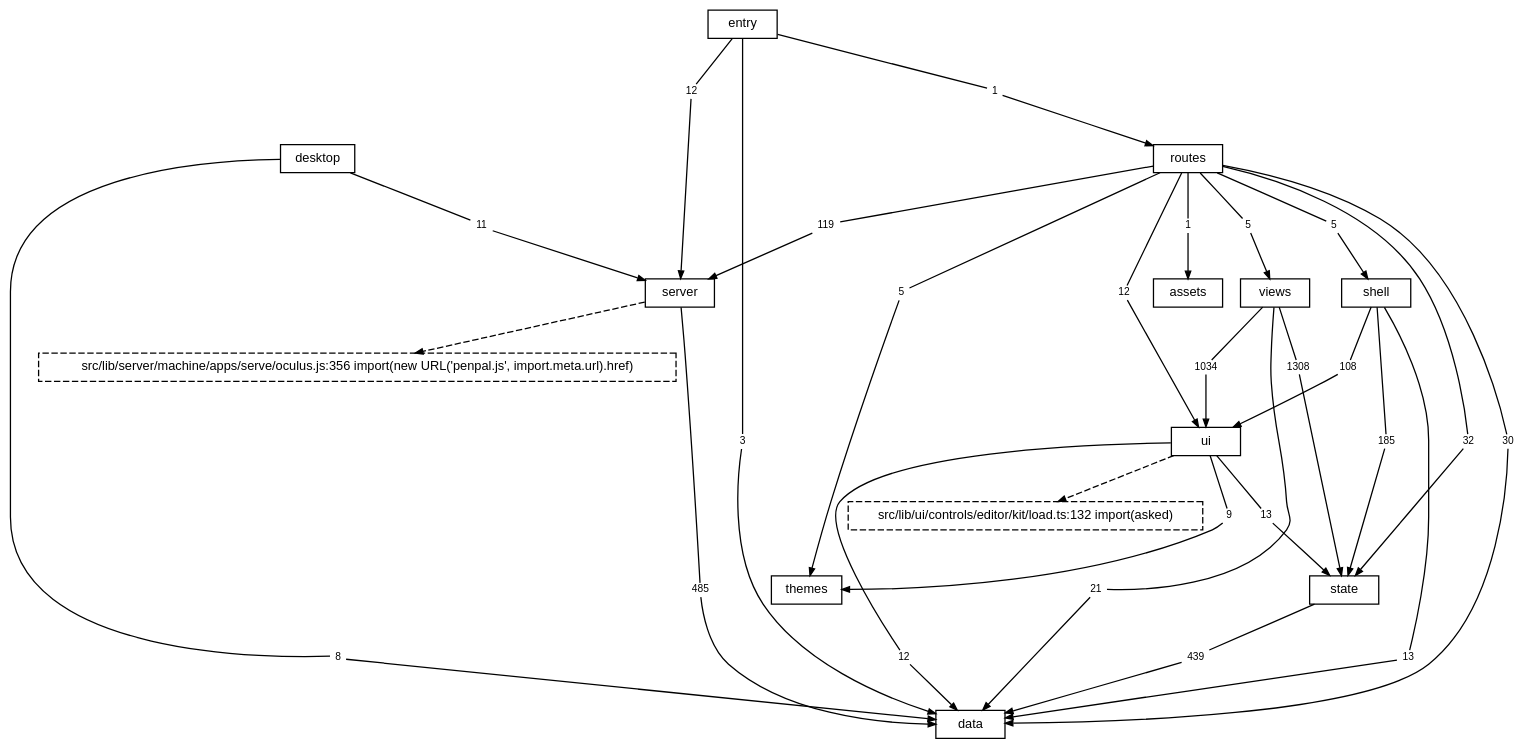
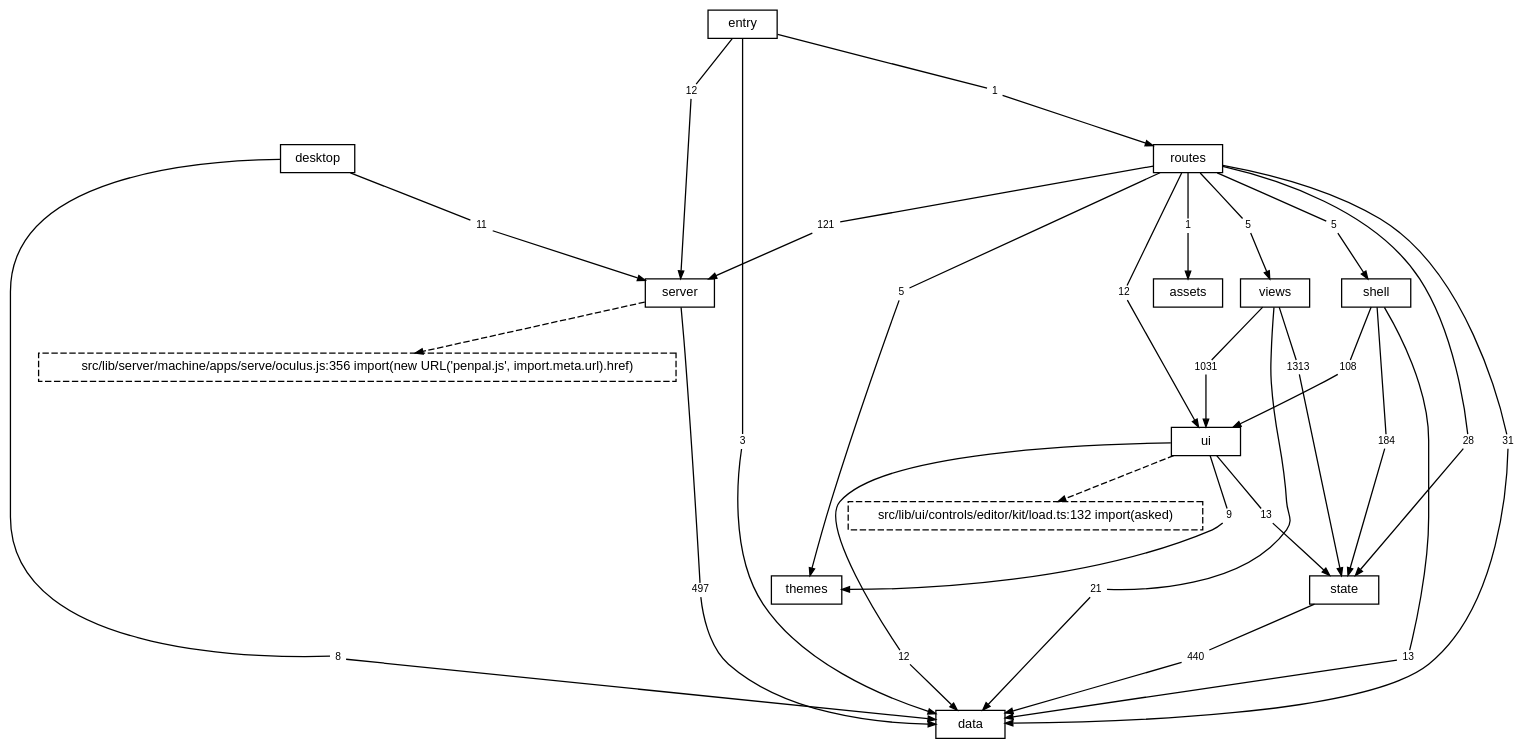
One commit to TheAxeC/oculus changed the diagram in docs/diagrams/layers.dot. Above: the diagram before and after it, drawn with Graphviz. The commit also changed 503 other files, not shown here.

```diff
--- a/docs/diagrams/layers.dot
+++ b/docs/diagrams/layers.dot
@@ -1,92 +1,92 @@
 digraph layers {
     graph [bgcolor="transparent", rankdir=TB, newrank=true, fontname="Helvetica", fontsize=12, nodesep=0.2, ranksep=0.5];
     node [shape=box, color="black", fontcolor="black", fontname="Helvetica", fontsize=10, height=0.3, margin="0.12,0.04"];
     edge [color="black", fontcolor="black", fontname="Helvetica", fontsize=8, arrowsize=0.6];
     "data";
     "server";
     "state";
     "ui";
     "shell";
     "views";
     "themes";
     "routes";
     "desktop";
     "src" [label="entry"];
     "files: assets" [label="assets"];
     "? src/lib/server/machine/apps/serve/oculus.js:356" [label="src/lib/server/machine/apps/serve/oculus.js:356 import(new URL('penpal.js', import.meta.url).href)", style=dashed];
     "? src/lib/ui/controls/editor/kit/load.ts:132" [label="src/lib/ui/controls/editor/kit/load.ts:132 import(asked)", style=dashed];
     "desktop to data" [label="8", shape=box, color="transparent", fontsize=8, width=0, height=0, margin="0.04,0.02"];
     "desktop" -> "desktop to data" [arrowhead=none];
     "desktop to data" -> "data" [];
     "desktop to server" [label="11", shape=box, color="transparent", fontsize=8, width=0, height=0, margin="0.04,0.02"];
     "desktop" -> "desktop to server" [arrowhead=none];
     "desktop to server" -> "server" [];
-    "routes to data" [label="30", shape=box, color="transparent", fontsize=8, width=0, height=0, margin="0.04,0.02"];
+    "routes to data" [label="31", shape=box, color="transparent", fontsize=8, width=0, height=0, margin="0.04,0.02"];
     "routes" -> "routes to data" [arrowhead=none];
     "routes to data" -> "data" [];
     "routes to files: assets" [label="1", shape=box, color="transparent", fontsize=8, width=0, height=0, margin="0.04,0.02"];
     "routes" -> "routes to files: assets" [arrowhead=none];
     "routes to files: assets" -> "files: assets" [];
-    "routes to server" [label="119", shape=box, color="transparent", fontsize=8, width=0, height=0, margin="0.04,0.02"];
+    "routes to server" [label="121", shape=box, color="transparent", fontsize=8, width=0, height=0, margin="0.04,0.02"];
     "routes" -> "routes to server" [arrowhead=none];
     "routes to server" -> "server" [];
     "routes to shell" [label="5", shape=box, color="transparent", fontsize=8, width=0, height=0, margin="0.04,0.02"];
     "routes" -> "routes to shell" [arrowhead=none];
     "routes to shell" -> "shell" [];
-    "routes to state" [label="32", shape=box, color="transparent", fontsize=8, width=0, height=0, margin="0.04,0.02"];
+    "routes to state" [label="28", shape=box, color="transparent", fontsize=8, width=0, height=0, margin="0.04,0.02"];
     "routes" -> "routes to state" [arrowhead=none];
     "routes to state" -> "state" [];
     "routes to themes" [label="5", shape=box, color="transparent", fontsize=8, width=0, height=0, margin="0.04,0.02"];
     "routes" -> "routes to themes" [arrowhead=none];
     "routes to themes" -> "themes" [];
     "routes to ui" [label="12", shape=box, color="transparent", fontsize=8, width=0, height=0, margin="0.04,0.02"];
     "routes" -> "routes to ui" [arrowhead=none];
     "routes to ui" -> "ui" [];
     "routes to views" [label="5", shape=box, color="transparent", fontsize=8, width=0, height=0, margin="0.04,0.02"];
     "routes" -> "routes to views" [arrowhead=none];
     "routes to views" -> "views" [];
-    "server to data" [label="485", shape=box, color="transparent", fontsize=8, width=0, height=0, margin="0.04,0.02"];
+    "server to data" [label="497", shape=box, color="transparent", fontsize=8, width=0, height=0, margin="0.04,0.02"];
     "server" -> "server to data" [arrowhead=none];
     "server to data" -> "data" [];
     "shell to data" [label="13", shape=box, color="transparent", fontsize=8, width=0, height=0, margin="0.04,0.02"];
     "shell" -> "shell to data" [arrowhead=none];
     "shell to data" -> "data" [];
-    "shell to state" [label="185", shape=box, color="transparent", fontsize=8, width=0, height=0, margin="0.04,0.02"];
+    "shell to state" [label="184", shape=box, color="transparent", fontsize=8, width=0, height=0, margin="0.04,0.02"];
     "shell" -> "shell to state" [arrowhead=none];
     "shell to state" -> "state" [];
     "shell to ui" [label="108", shape=box, color="transparent", fontsize=8, width=0, height=0, margin="0.04,0.02"];
     "shell" -> "shell to ui" [arrowhead=none];
     "shell to ui" -> "ui" [];
     "src to data" [label="3", shape=box, color="transparent", fontsize=8, width=0, height=0, margin="0.04,0.02"];
     "src" -> "src to data" [arrowhead=none];
     "src to data" -> "data" [];
     "src to routes" [label="1", shape=box, color="transparent", fontsize=8, width=0, height=0, margin="0.04,0.02"];
     "src" -> "src to routes" [arrowhead=none];
     "src to routes" -> "routes" [];
     "src to server" [label="12", shape=box, color="transparent", fontsize=8, width=0, height=0, margin="0.04,0.02"];
     "src" -> "src to server" [arrowhead=none];
     "src to server" -> "server" [];
-    "state to data" [label="439", shape=box, color="transparent", fontsize=8, width=0, height=0, margin="0.04,0.02"];
+    "state to data" [label="440", shape=box, color="transparent", fontsize=8, width=0, height=0, margin="0.04,0.02"];
     "state" -> "state to data" [arrowhead=none];
     "state to data" -> "data" [];
     "ui to data" [label="12", shape=box, color="transparent", fontsize=8, width=0, height=0, margin="0.04,0.02"];
     "ui" -> "ui to data" [arrowhead=none];
     "ui to data" -> "data" [];
     "ui to state" [label="13", shape=box, color="transparent", fontsize=8, width=0, height=0, margin="0.04,0.02"];
     "ui" -> "ui to state" [arrowhead=none];
     "ui to state" -> "state" [];
     "ui to themes" [label="9", shape=box, color="transparent", fontsize=8, width=0, height=0, margin="0.04,0.02"];
     "ui" -> "ui to themes" [arrowhead=none];
     "ui to themes" -> "themes" [];
     "views to data" [label="21", shape=box, color="transparent", fontsize=8, width=0, height=0, margin="0.04,0.02"];
     "views" -> "views to data" [arrowhead=none];
     "views to data" -> "data" [];
-    "views to state" [label="1308", shape=box, color="transparent", fontsize=8, width=0, height=0, margin="0.04,0.02"];
+    "views to state" [label="1313", shape=box, color="transparent", fontsize=8, width=0, height=0, margin="0.04,0.02"];
     "views" -> "views to state" [arrowhead=none];
     "views to state" -> "state" [];
-    "views to ui" [label="1034", shape=box, color="transparent", fontsize=8, width=0, height=0, margin="0.04,0.02"];
+    "views to ui" [label="1031", shape=box, color="transparent", fontsize=8, width=0, height=0, margin="0.04,0.02"];
     "views" -> "views to ui" [arrowhead=none];
     "views to ui" -> "ui" [];
     "server" -> "? src/lib/server/machine/apps/serve/oculus.js:356" [style=dashed];
     "ui" -> "? src/lib/ui/controls/editor/kit/load.ts:132" [style=dashed];
 }
```
